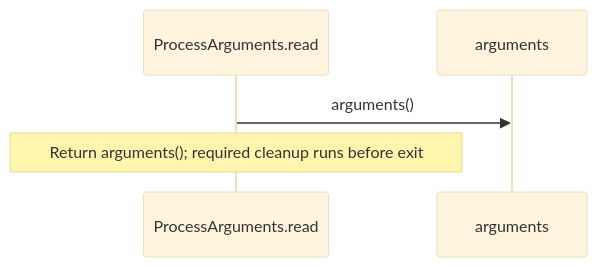
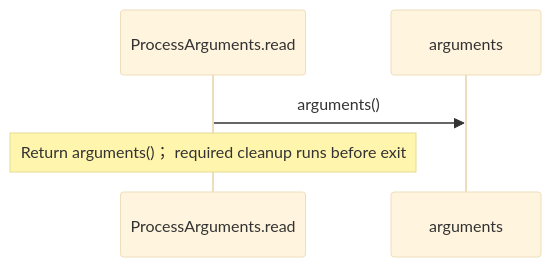
Before and after one commit to GreenPandaStudios/augscript: the fifth of 5 diagrams in docs/examples/approved-design/dependencies/august/0.23.0/io/contracts-diagrams.md, drawn with Mermaid (base theme). The commit also changed other lines of this file and 524 other files, not shown here.

Commit message:
Explain checked data flow at folder and service levels

````diff
--- a/docs/examples/approved-design/dependencies/august/0.23.0/io/contracts-diagrams.md
+++ b/docs/examples/approved-design/dependencies/august/0.23.0/io/contracts-diagrams.md
@@ -194,7 +142,7 @@
 ```mermaid
 sequenceDiagram
     participant p0 as ProcessArguments.read
     participant p1 as arguments
     p0->>p1: arguments()
-    Note over p0: Return arguments()#59; required cleanup runs before exit
+    Note over p0: Return arguments()； required cleanup runs before exit
 ```
````
